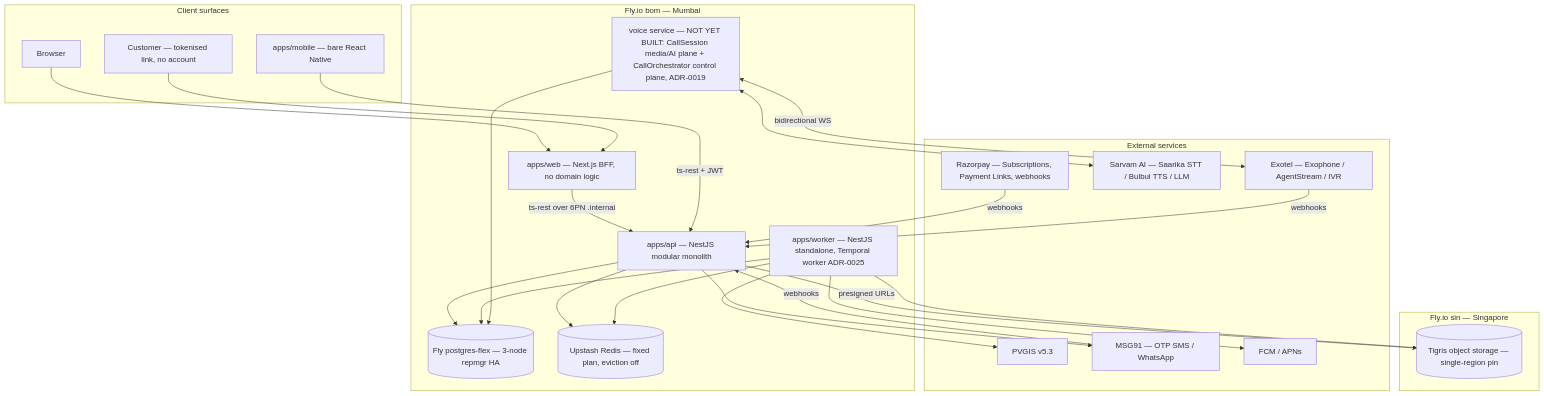
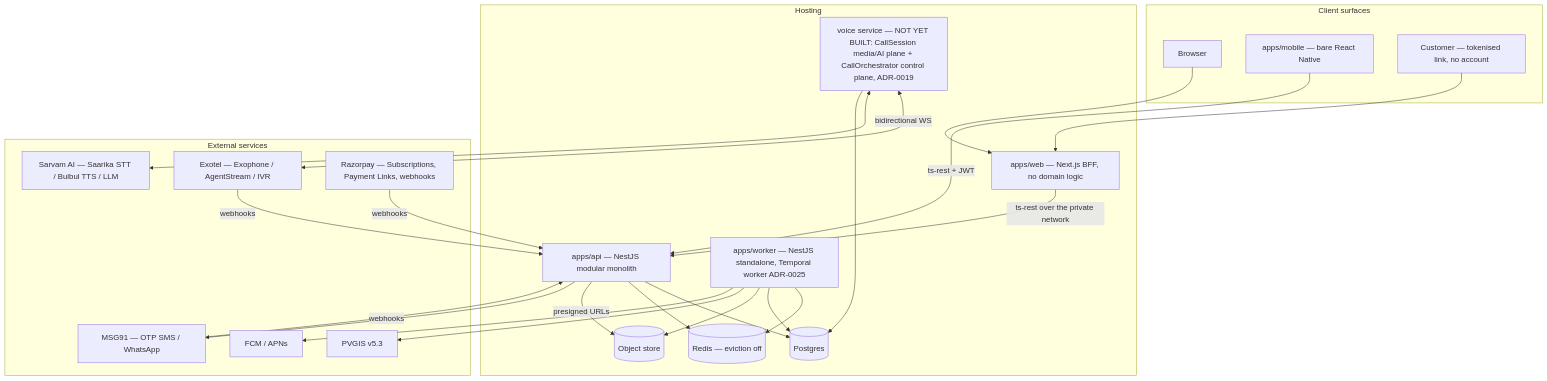
Before and after one commit to tejas96/HelioGrid: the diagram in docs/engineering/02-system-architecture.md, drawn with Mermaid. The commit also changed other lines of this file and 124 other files, not shown here.

````diff
--- a/docs/engineering/02-system-architecture.md
+++ b/docs/engineering/02-system-architecture.md
@@ -24,50 +24,47 @@
 ```mermaid
 graph TB
   subgraph clients [Client surfaces]
     BR[Browser]
     MOB[apps/mobile — bare React Native]
     CL[Customer — tokenised link, no account]
   end
 
-  subgraph flybom [Fly.io bom — Mumbai]
+  subgraph host [Hosting]
     WEB[apps/web — Next.js BFF, no domain logic]
     API[apps/api — NestJS modular monolith]
     WORKER[apps/worker — NestJS standalone, Temporal worker ADR-0025]
     VOICE[voice service — NOT YET BUILT: CallSession media/AI plane + CallOrchestrator control plane, ADR-0019]
-    PG[(Fly postgres-flex — 3-node repmgr HA)]
-    RD[(Upstash Redis — fixed plan, eviction off)]
-  end
-
-  subgraph flysin [Fly.io sin — Singapore]
-    TG[(Tigris object storage — single-region pin)]
+    PG[(Postgres)]
+    RD[(Redis — eviction off)]
+    TG[(Object store)]
   end
 
   subgraph ext [External services]
     PVGIS[PVGIS v5.3]
     EXO[Exotel — Exophone / AgentStream / IVR]
     SAR[Sarvam AI — Saarika STT / Bulbul TTS / LLM]
     RZP[Razorpay — Subscriptions, Payment Links, webhooks]
     MSG[MSG91 — OTP SMS / WhatsApp]
     PUSHN[FCM / APNs]
   end
 
   BR --> WEB
   CL --> WEB
-  WEB -->|ts-rest over 6PN .internal| API
+  WEB -->|ts-rest over the private network| API
   MOB -->|ts-rest + JWT| API
   API --> PG
   API --> RD
   API -->|presigned URLs| TG
   WORKER --> RD
   WORKER --> PG
   WORKER --> TG
   WORKER --> PVGIS
   WORKER --> PUSHN
   VOICE <-->|bidirectional WS| EXO
   VOICE <--> SAR
   VOICE --> PG
   RZP -->|webhooks| API
   EXO -->|webhooks| API
   MSG -->|webhooks| API
   API --> MSG
 ```
````
